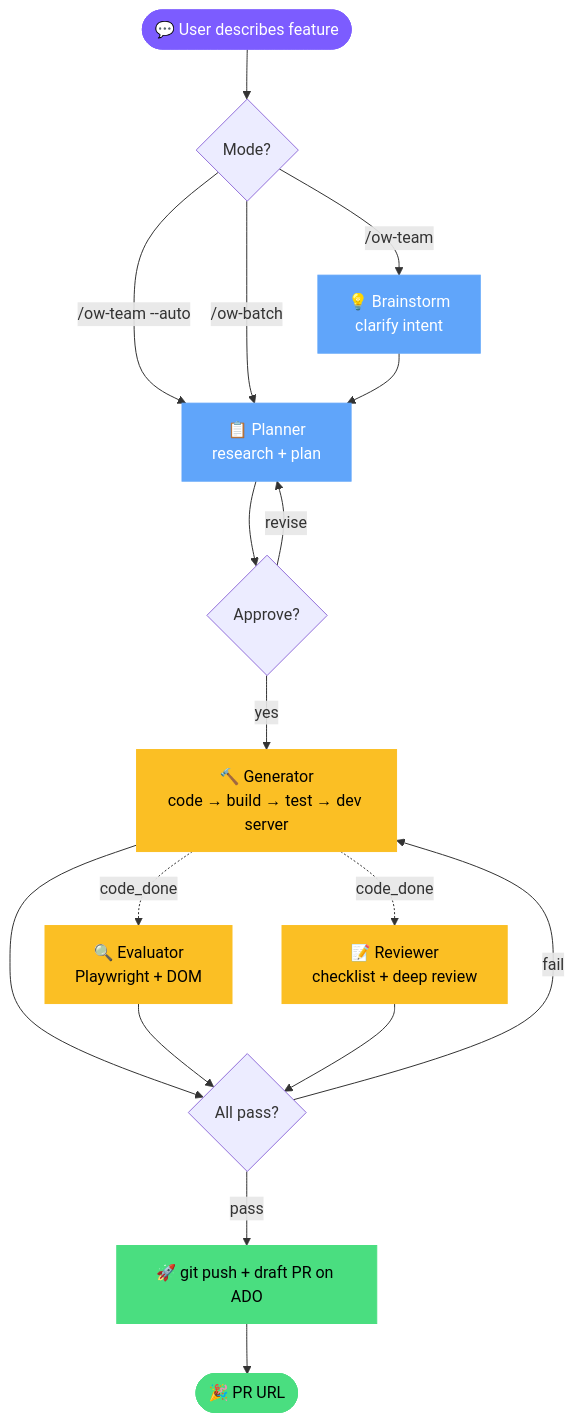
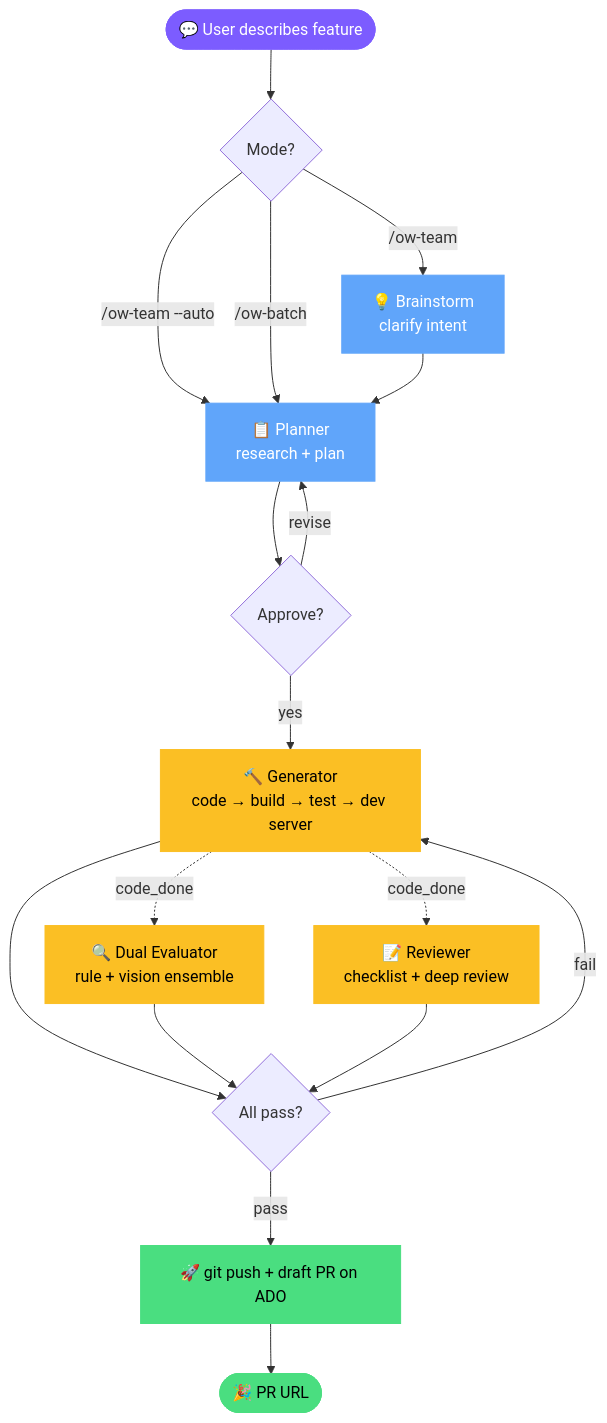
Before and after one commit to kaixun96/dev.AgentOW: the diagram in README.md, drawn with Mermaid. The commit also changed other lines of this file and 3 other files, not shown here.

First line of the commit message:
feat(evaluator-rule): encode harness lessons from bug-3077474 redo3 (0.4.5 → 0.4.6) (#7)

````diff
--- a/README.md
+++ b/README.md
@@ -7,29 +7,29 @@
 ```mermaid
 flowchart TD
     A([💬 User describes feature]) --> B{Mode?}
     B -- "/ow-team" --> C[💡 Brainstorm<br/>clarify intent]
     B -- "/ow-team --auto" --> D
     B -- "/ow-batch" --> D
     C --> D[📋 Planner<br/>research + plan]
     D --> E{Approve?}
     E -- yes --> F[🔨 Generator<br/>code → build → test → dev server]
     E -- revise --> D
     F -.code_done.-> G & H
-    G[🔍 Evaluator<br/>Playwright + DOM]
+    G[🔍 Dual Evaluator<br/>rule + vision ensemble]
     H[📝 Reviewer<br/>checklist + deep review]
     F --> I{All pass?}
     G --> I
     H --> I
     I -- fail --> F
     I -- pass --> J[🚀 git push + draft PR on ADO]
     J --> K([🎉 PR URL])
 
     style A fill:#7c5cff,stroke:#7c5cff,color:#fff
     style K fill:#4ade80,stroke:#4ade80,color:#000
     style C fill:#60a5fa,stroke:#60a5fa,color:#fff
     style D fill:#60a5fa,stroke:#60a5fa,color:#fff
     style F fill:#fbbf24,stroke:#fbbf24,color:#000
     style G fill:#fbbf24,stroke:#fbbf24,color:#000
     style H fill:#fbbf24,stroke:#fbbf24,color:#000
     style J fill:#4ade80,stroke:#4ade80,color:#000
 ```
````
